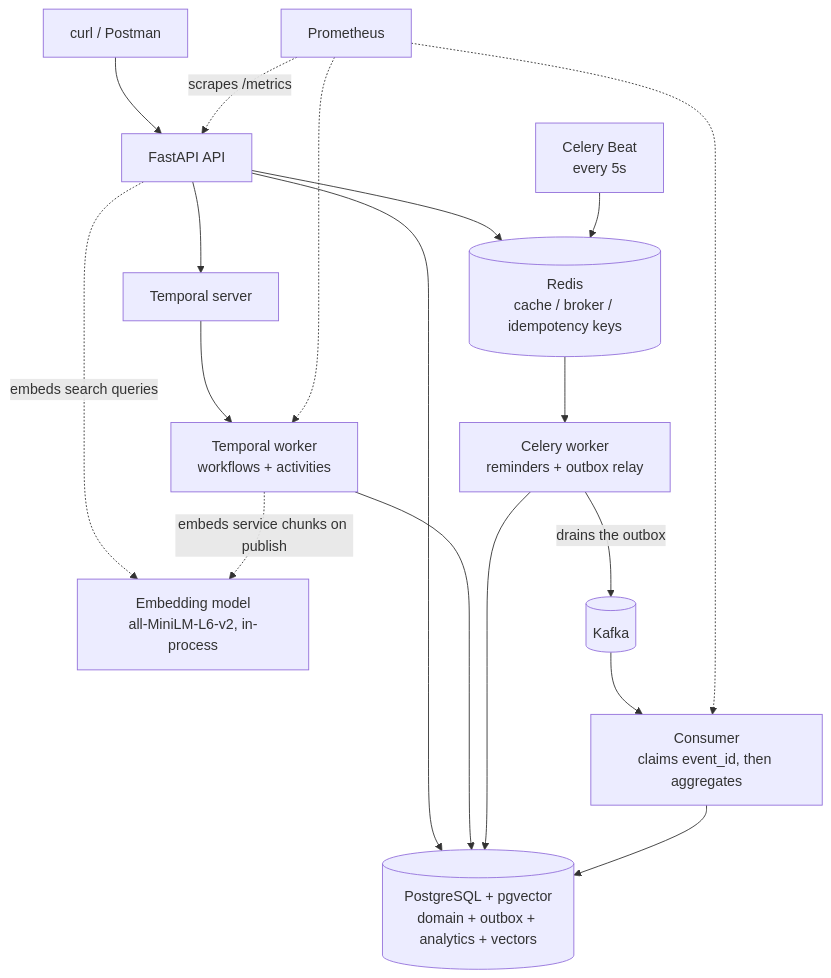
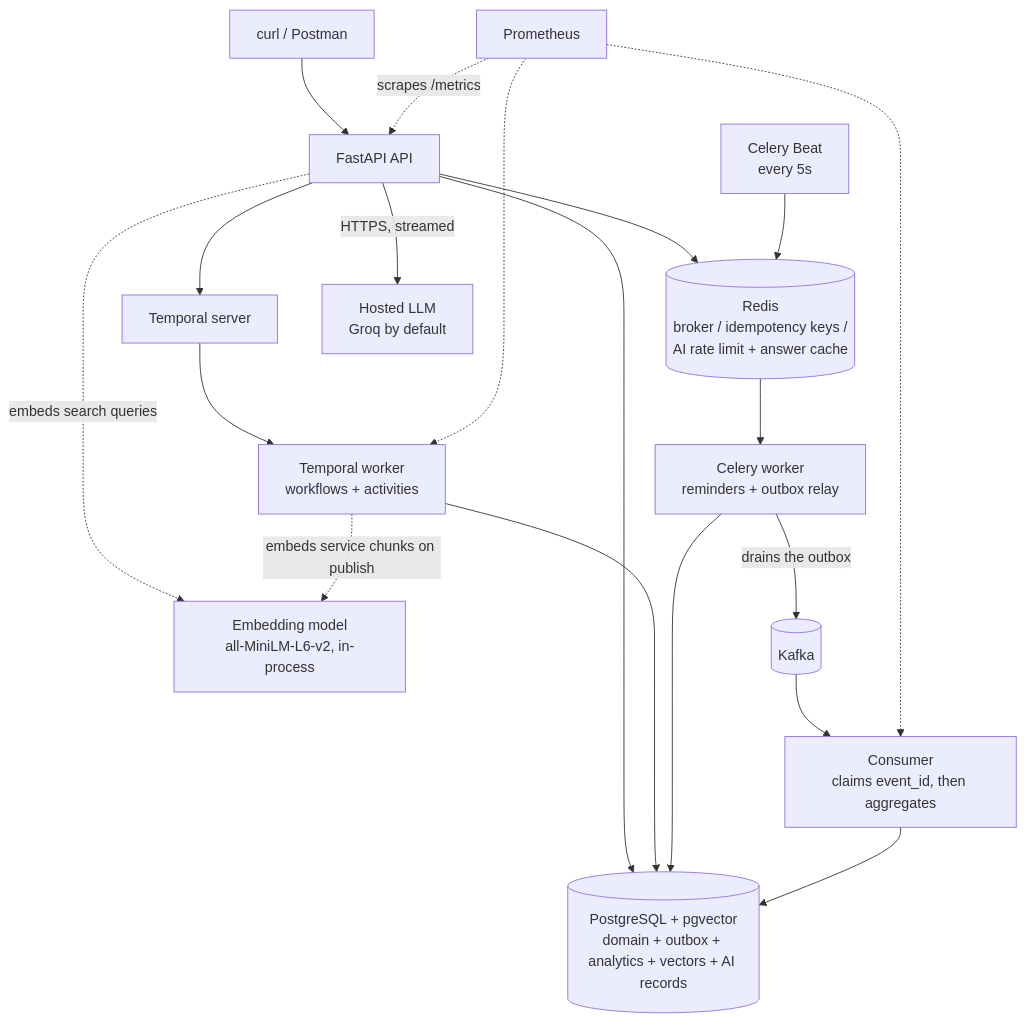
Before and after one commit to Fawwad795/smarthealth-fawwad: the diagram in README.md, drawn with Mermaid. The commit also changed other lines of this file, not shown here.

````diff
--- a/README.md
+++ b/README.md
@@ -33,27 +34,28 @@
 ```mermaid
 flowchart TD
     Client["curl / Postman"] --> API["FastAPI API"]
 
-    API --> PG[("PostgreSQL + pgvector<br/>domain + outbox + analytics + vectors")]
-    API --> Redis[("Redis<br/>cache / broker / idempotency keys")]
+    API --> PG[("PostgreSQL + pgvector<br/>domain + outbox + analytics + vectors + AI records")]
+    API --> Redis[("Redis<br/>broker / idempotency keys /<br/>AI rate limit + answer cache")]
     API --> TemporalServer["Temporal server"]
+    API -- "HTTPS, streamed" --> LLM["Hosted LLM<br/>Groq by default"]
 
     TemporalServer --> TemporalWorker["Temporal worker<br/>workflows + activities"]
     TemporalWorker --> PG
 
     Model["Embedding model<br/>all-MiniLM-L6-v2, in-process"]
     API -. "embeds search queries" .-> Model
     TemporalWorker -. "embeds service chunks on publish" .-> Model
 
     Beat["Celery Beat<br/>every 5s"] --> Redis
     Redis --> Celery["Celery worker<br/>reminders + outbox relay"]
     Celery --> PG
     Celery -- "drains the outbox" --> Kafka[("Kafka")]
 
     Kafka --> Consumer["Consumer<br/>claims event_id, then aggregates"]
     Consumer --> PG
 
     Prometheus["Prometheus"] -. "scrapes /metrics" .-> API
     Prometheus -.-> TemporalWorker
     Prometheus -.-> Consumer
 ```
````
